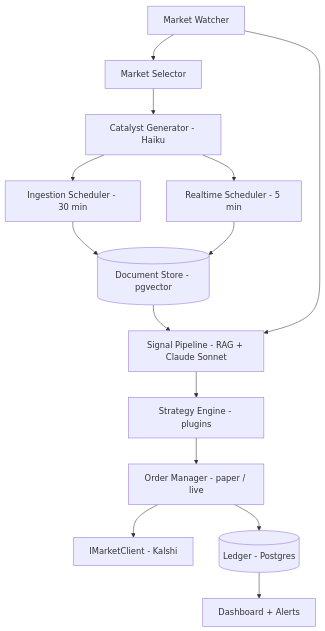
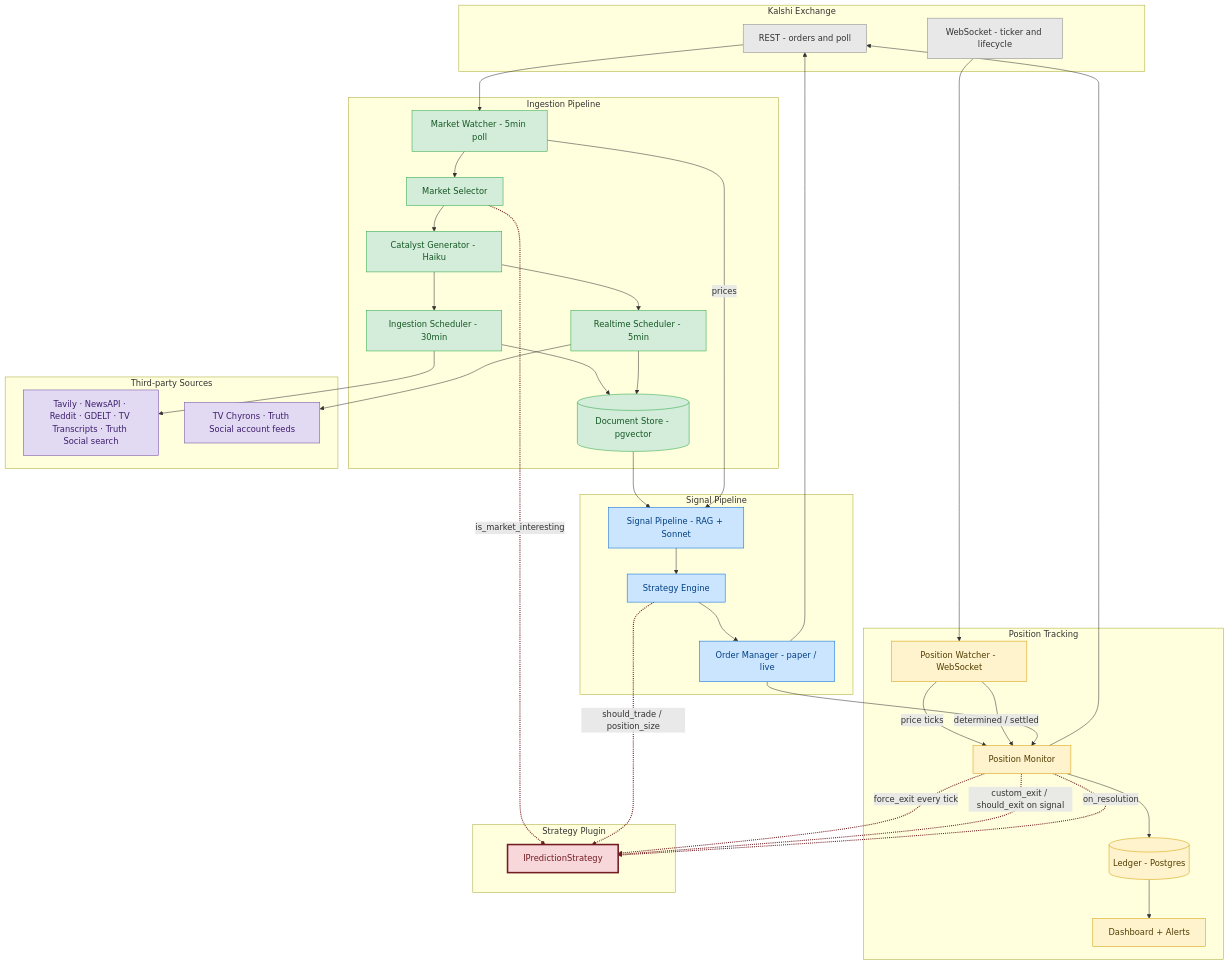
One commit to ostersc/freqpred changed the diagram in README.md. Above: the diagram before and after it, drawn with Mermaid. The commit also changed other lines of this file, not shown here.

Commit message:
Simplify third-party sources: two summary nodes instead of individual rows
Collapse ingestion (30min) and realtime (5min) source lists into single
labeled nodes inside a Third-party Sources subgraph, reducing visual
density while still showing the schedule split.

````diff
--- a/README.md
+++ b/README.md
@@ -95,16 +95,85 @@
 ```mermaid
 graph TD
-    MW[Market Watcher] --> MS[Market Selector]
-    MS --> CG[Catalyst Generator - Haiku]
-    CG --> IS[Ingestion Scheduler - 30 min]
-    CG --> RS[Realtime Scheduler - 5 min]
-    IS --> DS[(Document Store - pgvector)]
+    subgraph Exchange[Kalshi Exchange]
+        KREST[REST - orders and poll]
+        KWS[WebSocket - ticker and lifecycle]
+    end
+
+    subgraph Ingestion[Ingestion Pipeline]
+        MW[Market Watcher - 5min poll]
+        MS[Market Selector]
+        CG[Catalyst Generator - Haiku]
+        IS[Ingestion Scheduler - 30min]
+        RS[Realtime Scheduler - 5min]
+        DS[(Document Store - pgvector)]
+    end
+
+    subgraph Sources[Third-party Sources]
+        IS_SRC[Tavily · NewsAPI · Reddit · GDELT · TV Transcripts · Truth Social search]
+        RS_SRC[TV Chyrons · Truth Social account feeds]
+    end
+
+    subgraph Signal[Signal Pipeline]
+        SP[Signal Pipeline - RAG + Sonnet]
+        SE[Strategy Engine]
+        OM[Order Manager - paper / live]
+    end
+
+    subgraph Positions[Position Tracking]
+        PW[Position Watcher - WebSocket]
+        PM[Position Monitor]
+        L[(Ledger - Postgres)]
+        DA[Dashboard + Alerts]
+    end
+
+    subgraph Plugin[Strategy Plugin]
+        STRAT[IPredictionStrategy]
+    end
+
+    KREST --> MW
+    MW --> MS
+    MS --> CG
+    CG --> IS
+    CG --> RS
+    IS --> DS
     RS --> DS
-    DS --> SP[Signal Pipeline - RAG + Claude Sonnet]
-    MW --> SP
-    SP --> SE[Strategy Engine - plugins]
-    SE --> OM[Order Manager - paper / live]
-    OM --> KC[IMarketClient - Kalshi]
-    OM --> L[(Ledger - Postgres)]
-    L --> DA[Dashboard + Alerts]
+    DS --> SP
+    MW -->|prices| SP
+    SP --> SE
+    SE --> OM
+    OM --> KREST
+    KWS --> PW
+    PW -->|price ticks| PM
+    PW -->|determined / settled| PM
+    OM --> PM
+    PM --> KREST
+    PM --> L
+    L --> DA
+    IS --> IS_SRC
+    RS --> RS_SRC
+    MS -. is_market_interesting .-> STRAT
+    SE -. "should_trade / position_size" .-> STRAT
+    PM -. "force_exit every tick" .-> STRAT
+    PM -. "custom_exit / should_exit on signal" .-> STRAT
+    PM -. on_resolution .-> STRAT
+
+    classDef exchange fill:#e8e8e8,stroke:#888,color:#333
+    classDef ingestion fill:#d4edda,stroke:#28a745,color:#155724
+    classDef signal fill:#cce5ff,stroke:#0069d9,color:#004085
+    classDef position fill:#fff3cd,stroke:#d39e00,color:#533f03
+    classDef strategy fill:#f8d7da,stroke:#721c24,stroke-width:3px,color:#721c24
+    classDef sources fill:#e2d9f3,stroke:#7048a8,color:#3d1e6d
+
+    class KREST,KWS exchange
+    class MW,MS,CG,IS,RS,DS ingestion
+    class SP,SE,OM signal
+    class PW,PM,L,DA position
+    class STRAT strategy
+    class IS_SRC,RS_SRC sources
+
+    linkStyle 21 stroke:#721c24,stroke-width:2px
+    linkStyle 22 stroke:#721c24,stroke-width:2px
+    linkStyle 23 stroke:#721c24,stroke-width:2px
+    linkStyle 24 stroke:#721c24,stroke-width:2px
+    linkStyle 25 stroke:#721c24,stroke-width:2px
 ```
````
